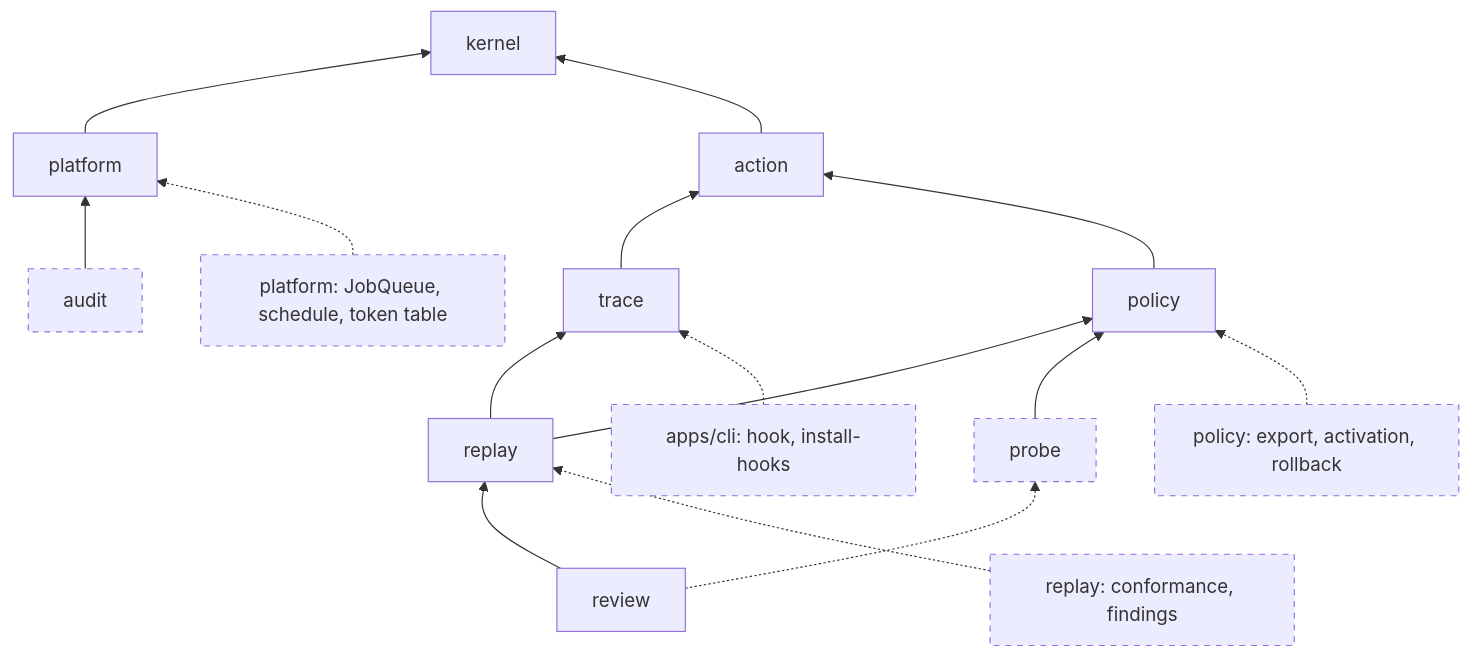
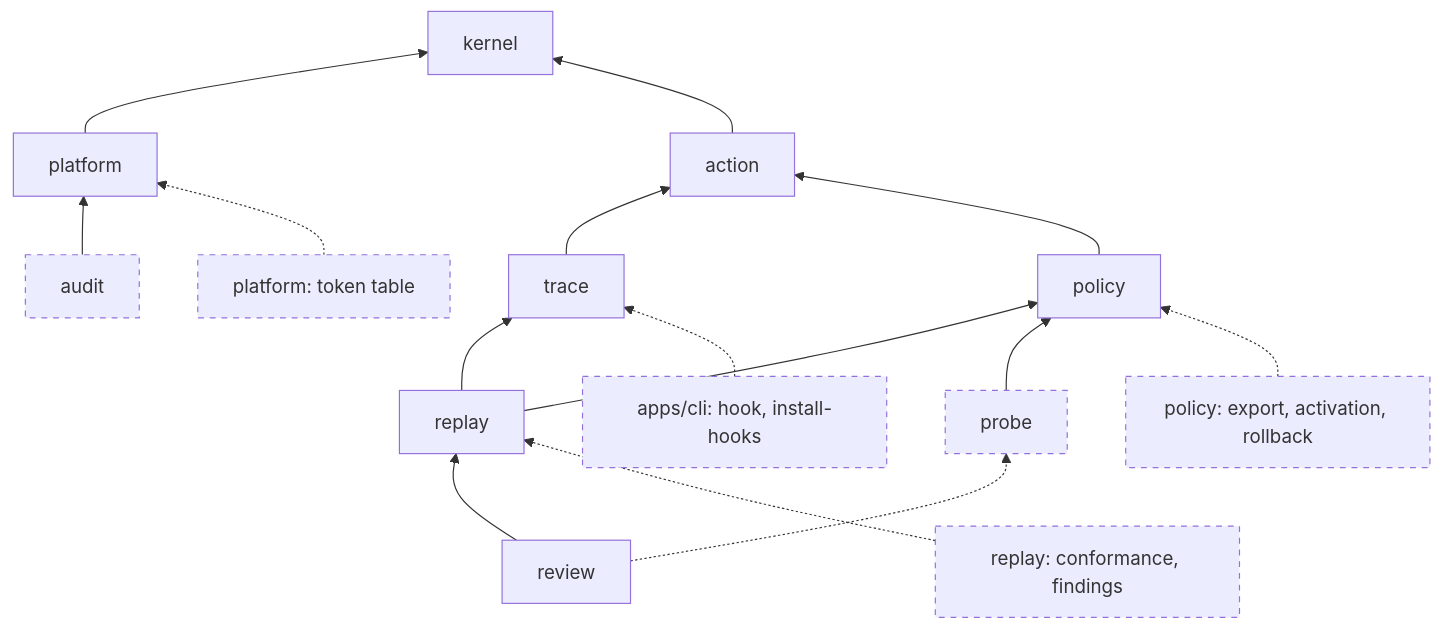
Before and after one commit to hsskey/authority-diff: the third of 3 diagrams in docs/cutline.md, drawn with Mermaid. The commit also changed other lines of this file and 43 other files, not shown here.

First line of the commit message:
feat(replay): run replay as a queued job with a daily conformance schedule

````diff
--- a/docs/cutline.md
+++ b/docs/cutline.md
@@ -270,19 +269,19 @@
 ```mermaid
 flowchart BT
     platform --> kernel
     action --> kernel
     trace --> action
     policy --> action
     replay --> policy
     replay --> trace
     review --> replay
     probe --> policy
     review -.-> probe
     audit --> platform
     hooks["apps/cli: hook, install-hooks"] -.-> trace
     conf["replay: conformance, findings"] -.-> replay
     exp["policy: export, activation, rollback"] -.-> policy
-    jobs["platform: JobQueue, schedule, token table"] -.-> platform
+    jobs["platform: token table"] -.-> platform
     classDef deferred stroke-dasharray: 5 5
     class probe,audit,hooks,conf,exp,jobs deferred
 ```
````
